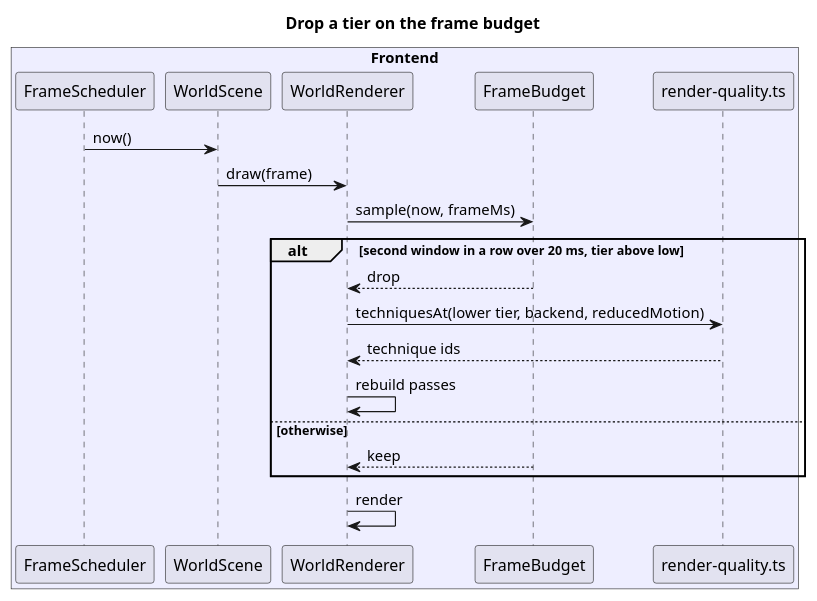
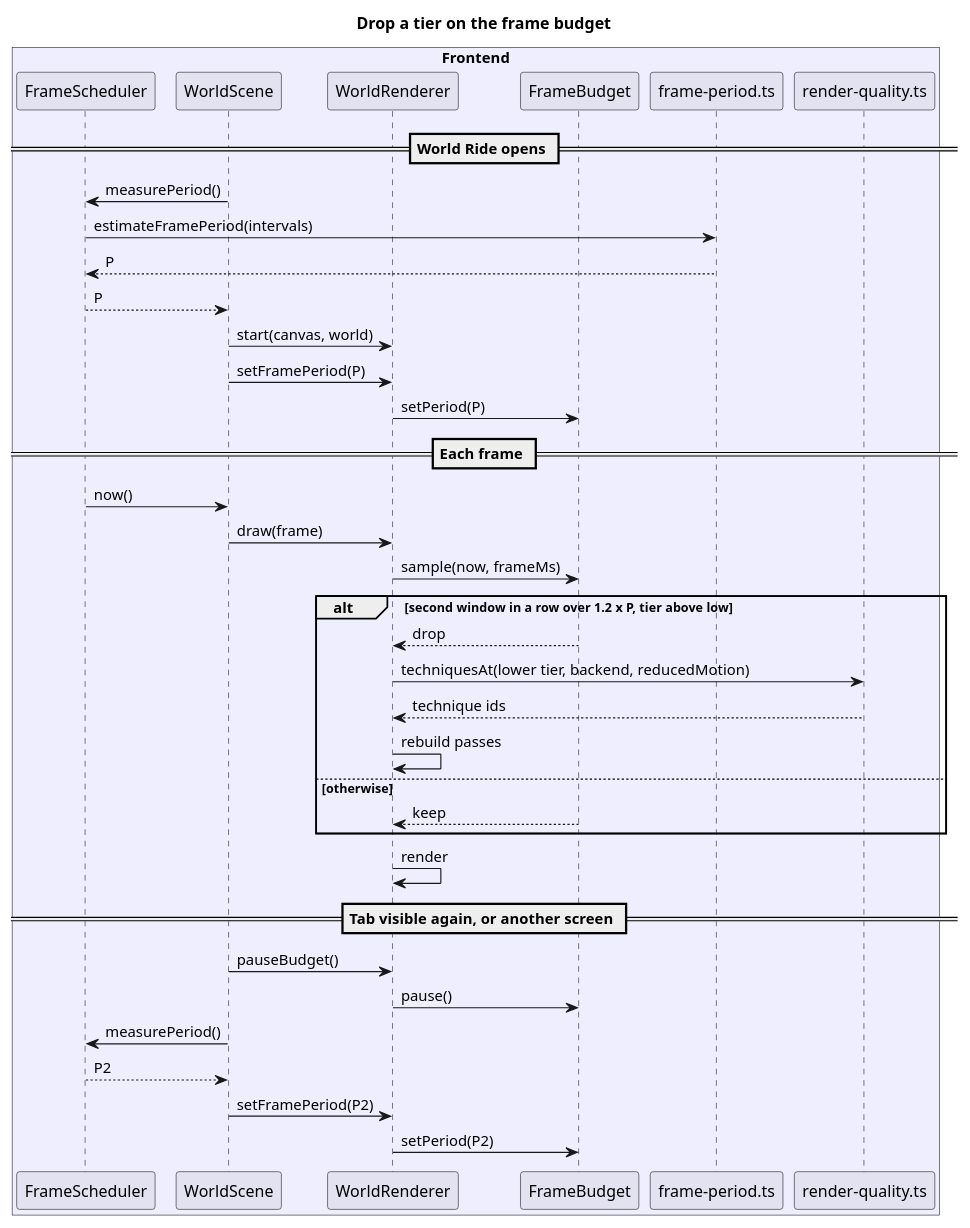
One commit to QuinntyneBrown/ride-one changed the diagram in docs/detailed-designs/world-ride/render-scene-quality/diagrams/sequence-drop-tier.puml. Above: the diagram before and after it, drawn with PlantUML. The commit also changed 6 other files, not shown here.

First line of the commit message:
Judge World Ride frames against the display's measured frame period

```diff
--- a/docs/detailed-designs/world-ride/render-scene-quality/diagrams/sequence-drop-tier.puml
+++ b/docs/detailed-designs/world-ride/render-scene-quality/diagrams/sequence-drop-tier.puml
@@ -1,22 +1,39 @@
 @startuml
 title Drop a tier on the frame budget
 box "Frontend" #EEF
 participant FrameScheduler
 participant WorldScene
 participant WorldRenderer
 participant FrameBudget
+participant "frame-period.ts" as FP
 participant "render-quality.ts" as RQ
 end box
+== World Ride opens ==
+WorldScene -> FrameScheduler : measurePeriod()
+FrameScheduler -> FP : estimateFramePeriod(intervals)
+FP --> FrameScheduler : P
+FrameScheduler --> WorldScene : P
+WorldScene -> WorldRenderer : start(canvas, world)
+WorldScene -> WorldRenderer : setFramePeriod(P)
+WorldRenderer -> FrameBudget : setPeriod(P)
+== Each frame ==
 FrameScheduler -> WorldScene : now()
 WorldScene -> WorldRenderer : draw(frame)
 WorldRenderer -> FrameBudget : sample(now, frameMs)
-alt second window in a row over 20 ms, tier above low
+alt second window in a row over 1.2 x P, tier above low
   FrameBudget --> WorldRenderer : drop
   WorldRenderer -> RQ : techniquesAt(lower tier, backend, reducedMotion)
   RQ --> WorldRenderer : technique ids
   WorldRenderer -> WorldRenderer : rebuild passes
 else otherwise
   FrameBudget --> WorldRenderer : keep
 end
 WorldRenderer -> WorldRenderer : render
+== Tab visible again, or another screen ==
+WorldScene -> WorldRenderer : pauseBudget()
+WorldRenderer -> FrameBudget : pause()
+WorldScene -> FrameScheduler : measurePeriod()
+FrameScheduler --> WorldScene : P2
+WorldScene -> WorldRenderer : setFramePeriod(P2)
+WorldRenderer -> FrameBudget : setPeriod(P2)
 @enduml
```
